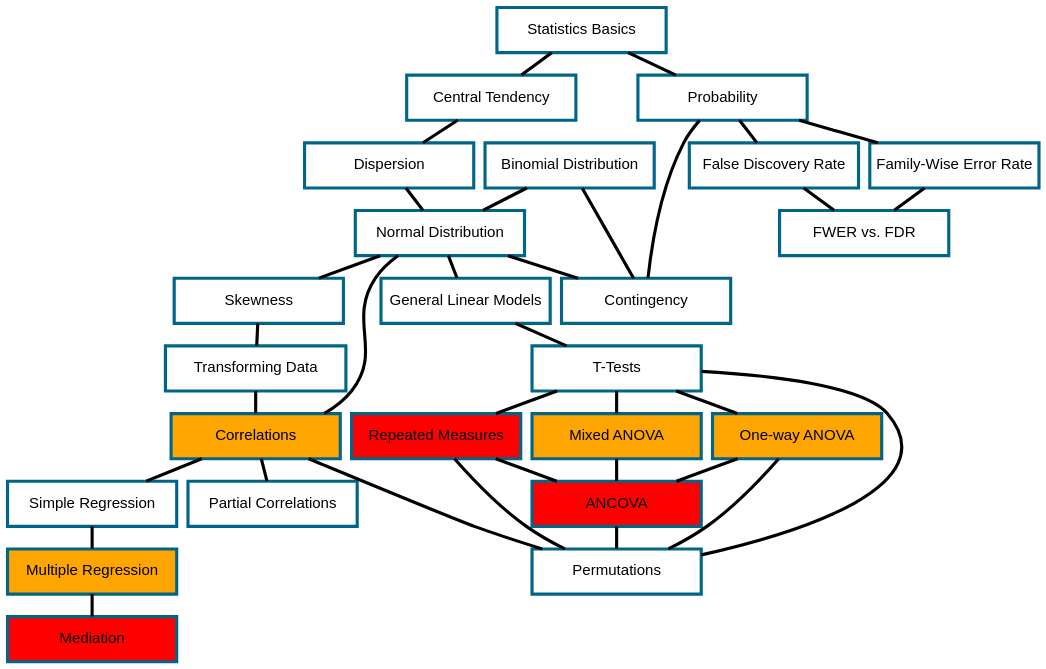
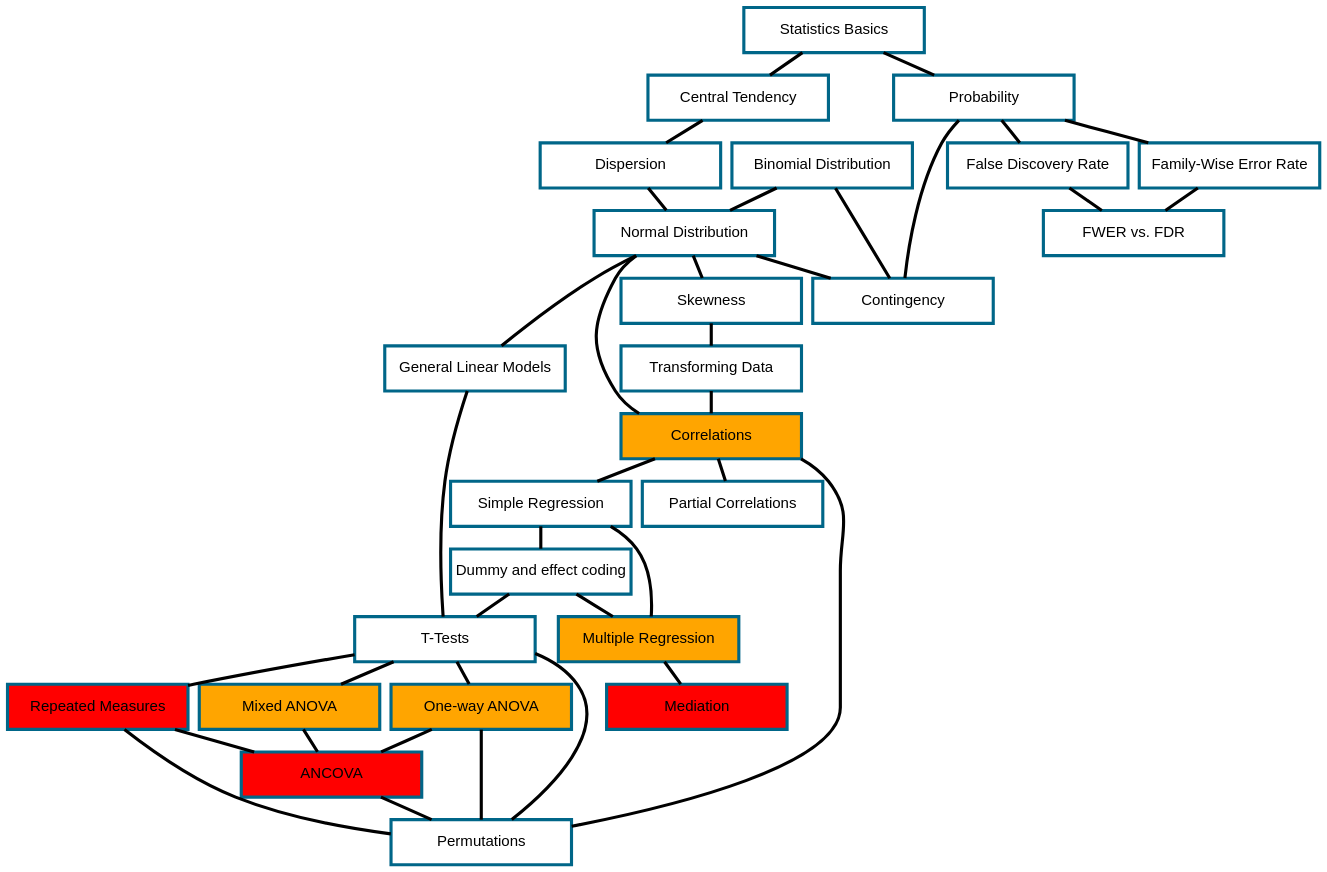
One commit to Reading-Psych/jast changed the diagram in overview.qmd. Above: the diagram before and after it, drawn with Graphviz. The commit also changed 50 other files, not shown here.

```diff
--- a/overview.qmd
+++ b/overview.qmd
@@ -27,7 +27,7 @@
 		height = 1,
 		shape = box,
 		style = "filled,setlinewidth(5)",
-		width = 3.75
+		width = 4
 	]
 	edge [
 		arrowhead = none,
@@ -58,12 +58,6 @@
 			# fillcolor = "#d9e7ee",
 			label = "Binomial Distribution",
 		]
-		contingency[
-		  URL = "../categorical/contingency.html",
-			fixedsize = true,
-		#	fillcolor = "orange",
-			label = "Contingency"
-		]
 		central_tendency[
 		  URL = "../describingData/centralTendency.html",
 			fillcolor = white,
@@ -76,6 +70,18 @@
 		#  URL       = "",
 		#  fillcolor = red
 		#]
+	  coding[
+		  URL = "../regressions/coding.html",
+			fixedsize = true,
+			fillcolor = "white",
+			label= "Dummy and effect coding"
+		]
+		contingency[
+		  URL = "../categorical/contingency.html",
+			fixedsize = true,
+		#	fillcolor = "orange",
+			label = "Contingency"
+		]
 		correlations[
 		  URL = "../distributions/correlations.html",
 			fixedsize = true,
@@ -185,6 +191,8 @@
     #row = func
 	]
 	central_tendency -> dispersion
+	coding -> multiple_regression
+	coding -> ttests
 	#correlations -> cooksd
 	correlations -> partial_correlations
 	correlations -> simple_regression
@@ -203,6 +211,7 @@
     #row = func
 	]
 	simple_regression -> multiple_regression
+	simple_regression -> coding
 	skewness -> transforming
 	transforming -> correlations
 	probability -> contingency
```
